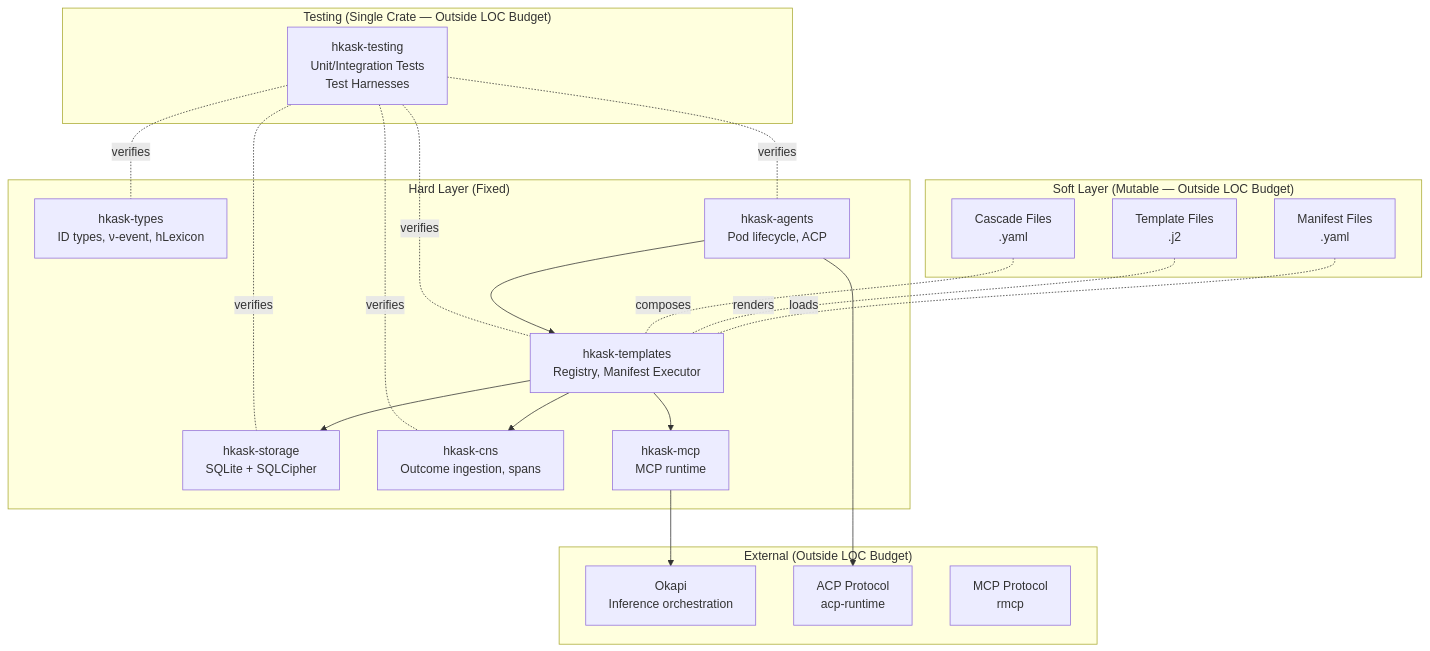
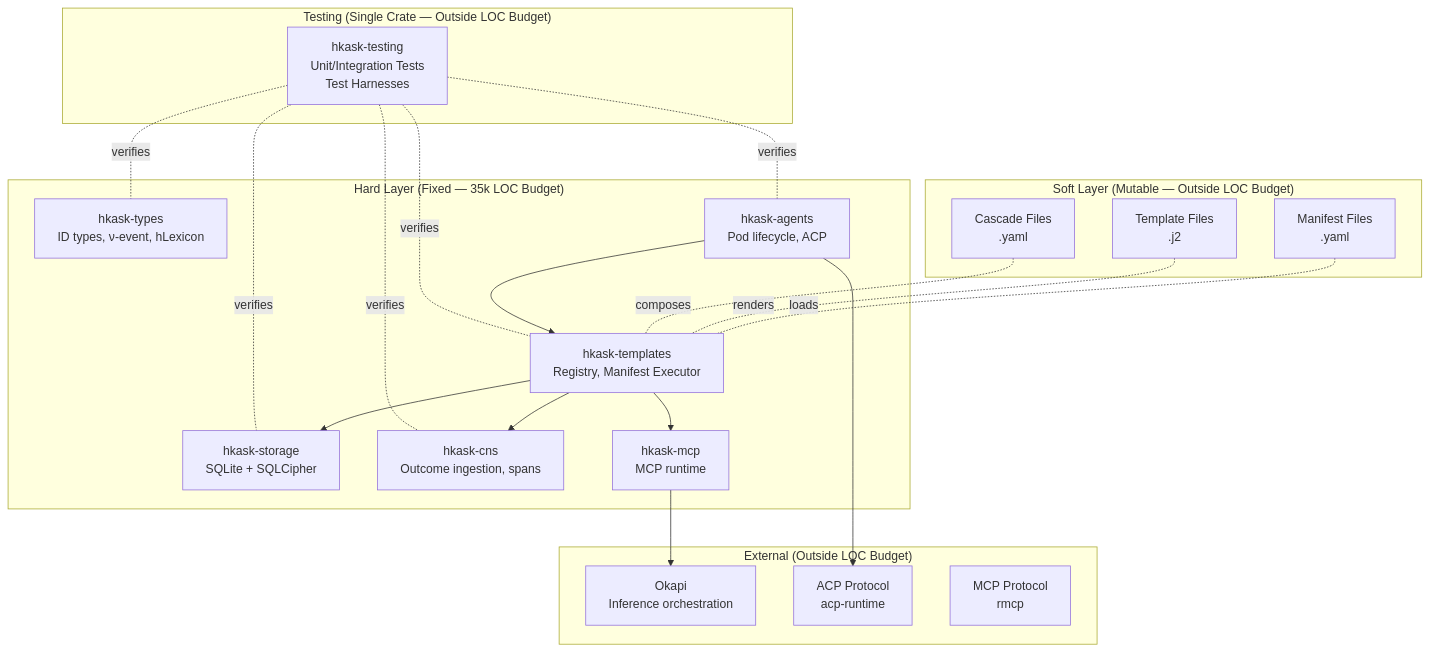
Before and after one commit to mdz-axo/hKask: the second of 6 diagrams in docs/architecture/hKask-erd.md, drawn with Mermaid. The commit also changed 16 other files, not shown here.

````diff
--- a/docs/architecture/hKask-erd.md
+++ b/docs/architecture/hKask-erd.md
@@ -111,44 +111,44 @@
 ```mermaid
 graph TB
     subgraph "Soft Layer (Mutable — Outside LOC Budget)"
         YAML[Manifest Files<br/>.yaml]
         J2[Template Files<br/>.j2]
         MD[Cascade Files<br/>.yaml]
     end
     
-    subgraph "Hard Layer (Fixed)"
+    subgraph "Hard Layer (Fixed — 35k LOC Budget)"
         HKASK_TYPES[hkask-types<br/>ID types, ν-event, hLexicon]
         HKASK_STORAGE[hkask-storage<br/>SQLite + SQLCipher]
         HKASK_TEMPLATES[hkask-templates<br/>Registry, Manifest Executor]
         HKASK_CNS[hkask-cns<br/>Outcome ingestion, spans]
         HKASK_AGENTS[hkask-agents<br/>Pod lifecycle, ACP]
         HKASK_MCP[hkask-mcp<br/>MCP runtime]
     end
     
     subgraph "Testing (Single Crate — Outside LOC Budget)"
         HKASK_TESTING[hkask-testing<br/>Unit/Integration Tests<br/>Test Harnesses]
     end
     
     subgraph "External (Outside LOC Budget)"
         OKAPI[Okapi<br/>Inference orchestration]
         ACP[ACP Protocol<br/>acp-runtime]
         MCP[MCP Protocol<br/>rmcp]
     end
     
     YAML -. loads .- HKASK_TEMPLATES
     J2 -. renders .- HKASK_TEMPLATES
     MD -. composes .- HKASK_TEMPLATES
     
     HKASK_TEMPLATES --> HKASK_STORAGE
     HKASK_TEMPLATES --> HKASK_CNS
     HKASK_TEMPLATES --> HKASK_MCP
     HKASK_MCP --> OKAPI
     HKASK_AGENTS --> ACP
     HKASK_AGENTS --> HKASK_TEMPLATES
     
     HKASK_TESTING -. verifies .- HKASK_TYPES
     HKASK_TESTING -. verifies .- HKASK_STORAGE
     HKASK_TESTING -. verifies .- HKASK_TEMPLATES
     HKASK_TESTING -. verifies .- HKASK_CNS
     HKASK_TESTING -. verifies .- HKASK_AGENTS
 ```
````
